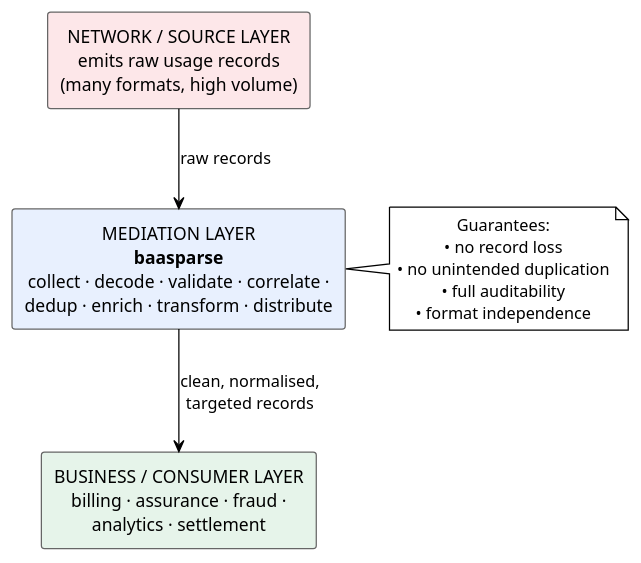
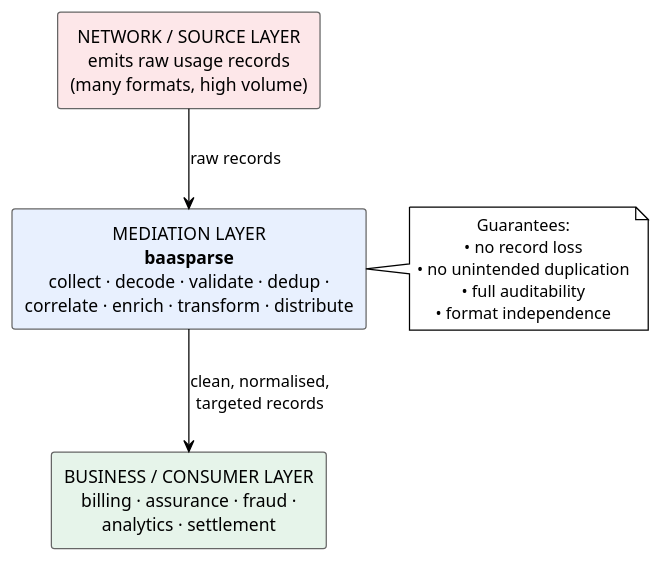
One commit to pgvanniekerk/baasparse changed the first of 2 diagrams in docs/brs/02-business-context.md. Above: the diagram before and after it, drawn with PlantUML. The commit also changed 11 other files, not shown here.

````diff
--- a/docs/brs/02-business-context.md
+++ b/docs/brs/02-business-context.md
@@ -23,25 +23,25 @@
 ```plantuml
 @startuml mediation-position
 !theme plain
 skinparam defaultTextAlignment center
 skinparam rectangle {
   BackgroundColor #F7F7F7
   BorderColor #666
 }
 
 rectangle "NETWORK / SOURCE LAYER\nemits raw usage records\n(many formats, high volume)" as NET #FDE7E9
-rectangle "MEDIATION LAYER\n**baasparse**\ncollect · decode · validate · correlate ·\ndedup · enrich · transform · distribute" as MED #E8F0FE
+rectangle "MEDIATION LAYER\n**baasparse**\ncollect · decode · validate · dedup ·\ncorrelate · enrich · transform · distribute" as MED #E8F0FE
 rectangle "BUSINESS / CONSUMER LAYER\nbilling · assurance · fraud ·\nanalytics · settlement" as BIZ #E6F4EA
 
 NET -down-> MED : raw records
 MED -down-> BIZ : clean, normalised,\ntargeted records
 
 note right of MED
   Guarantees:
   • no record loss
   • no unintended duplication
   • full auditability
   • format independence
 end note
 @enduml
 ```
````
